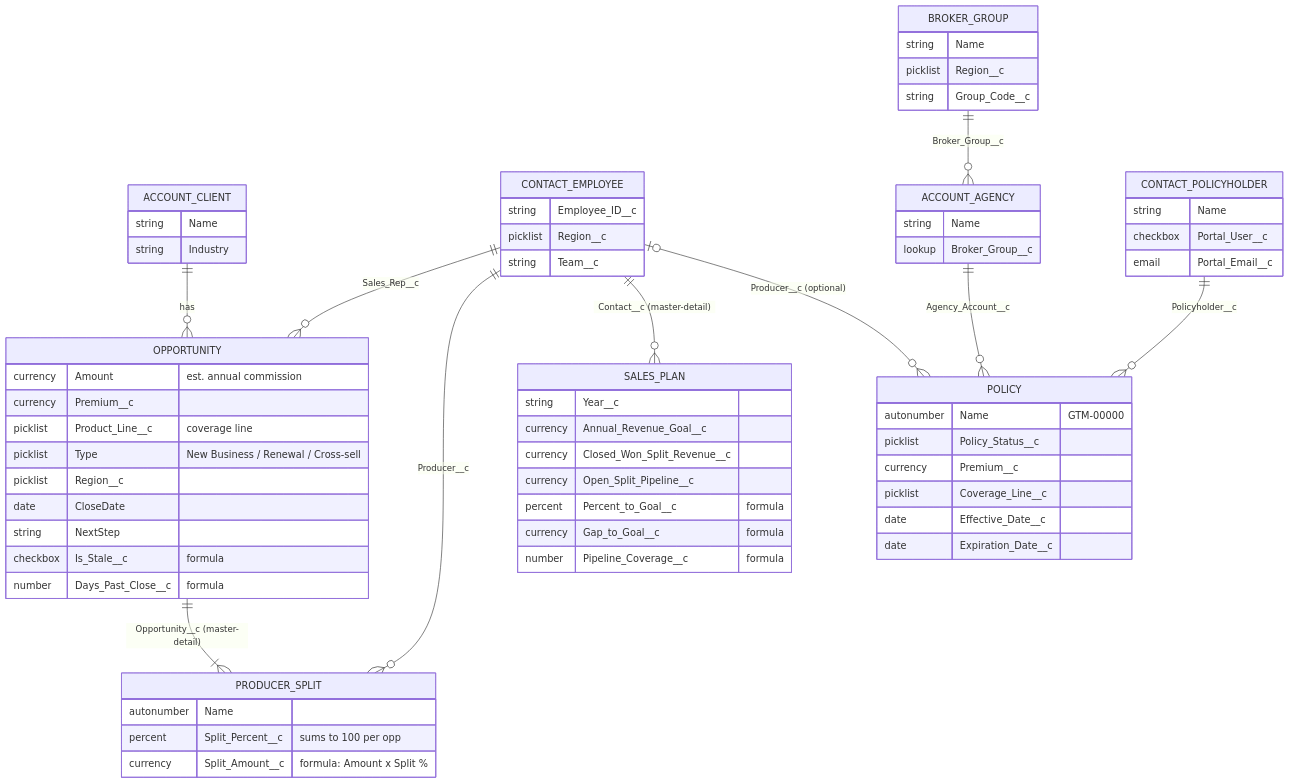
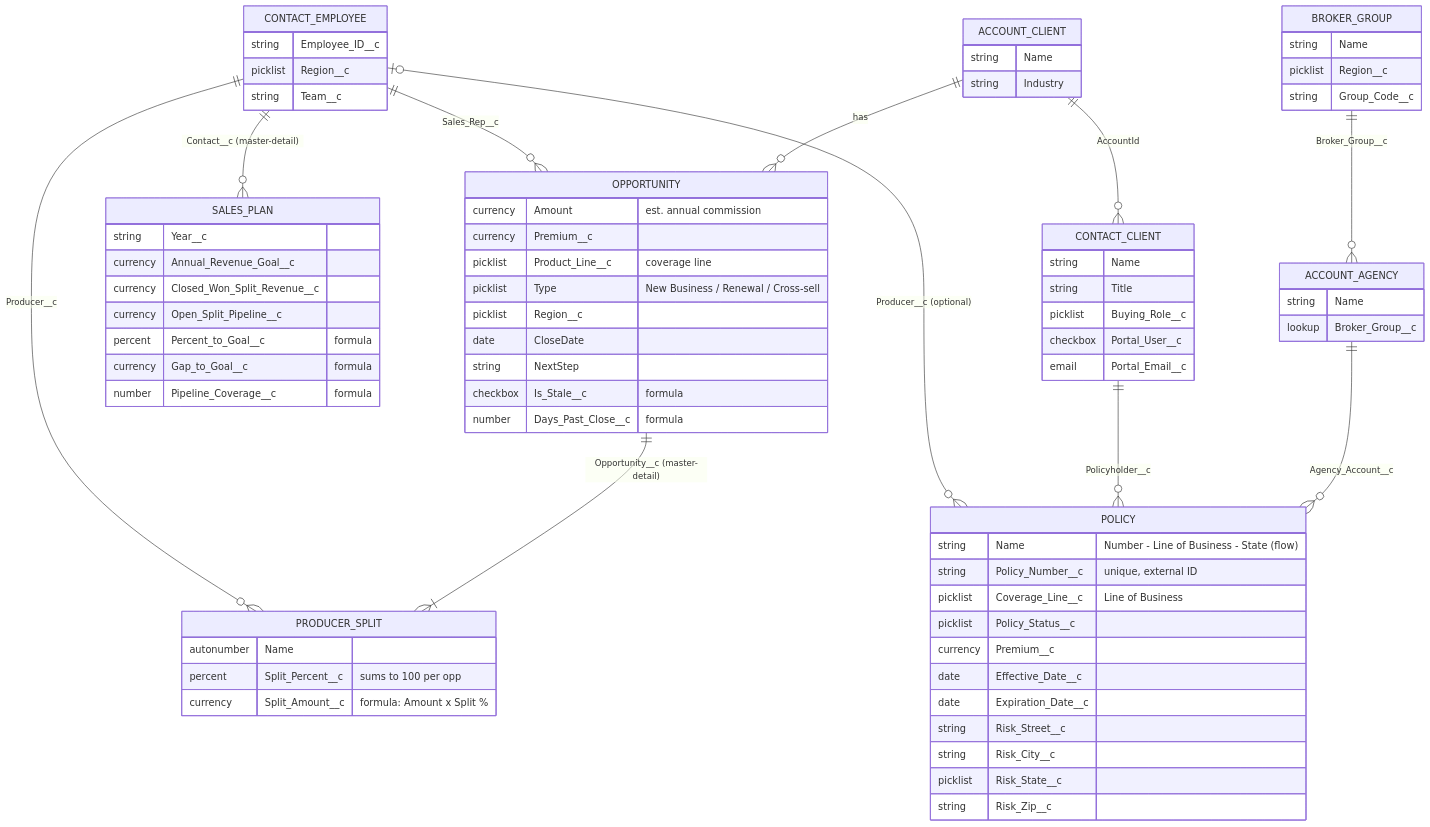
Before and after one commit to jspearson/gulf-coast-gtm-sales-ops: the diagram in README.md, drawn with Mermaid. The commit also changed other lines of this file and 10 other files, not shown here.

Commit message:
Merge policyholders into Client contacts; Policy numbers, risk address and flow-built names; refresh screenshots

````diff
--- a/README.md
+++ b/README.md
@@ -28,69 +28,77 @@
 ```mermaid
 erDiagram
     ACCOUNT_CLIENT ||--o{ OPPORTUNITY : "has"
     CONTACT_EMPLOYEE ||--o{ OPPORTUNITY : "Sales_Rep__c"
     OPPORTUNITY ||--|{ PRODUCER_SPLIT : "Opportunity__c (master-detail)"
     CONTACT_EMPLOYEE ||--o{ PRODUCER_SPLIT : "Producer__c"
     CONTACT_EMPLOYEE ||--o{ SALES_PLAN : "Contact__c (master-detail)"
     BROKER_GROUP ||--o{ ACCOUNT_AGENCY : "Broker_Group__c"
     ACCOUNT_AGENCY ||--o{ POLICY : "Agency_Account__c"
-    CONTACT_POLICYHOLDER ||--o{ POLICY : "Policyholder__c"
+    ACCOUNT_CLIENT ||--o{ CONTACT_CLIENT : "AccountId"
+    CONTACT_CLIENT ||--o{ POLICY : "Policyholder__c"
     CONTACT_EMPLOYEE |o--o{ POLICY : "Producer__c (optional)"
 
     ACCOUNT_CLIENT {
         string Name
         string Industry
     }
     OPPORTUNITY {
         currency Amount "est. annual commission"
         currency Premium__c
         picklist Product_Line__c "coverage line"
         picklist Type "New Business / Renewal / Cross-sell"
         picklist Region__c
         date CloseDate
         string NextStep
         checkbox Is_Stale__c "formula"
         number Days_Past_Close__c "formula"
     }
     CONTACT_EMPLOYEE {
         string Employee_ID__c
         picklist Region__c
         string Team__c
     }
     PRODUCER_SPLIT {
         autonumber Name
         percent Split_Percent__c "sums to 100 per opp"
         currency Split_Amount__c "formula: Amount x Split %"
     }
     SALES_PLAN {
         string Year__c
         currency Annual_Revenue_Goal__c
         currency Closed_Won_Split_Revenue__c
         currency Open_Split_Pipeline__c
         percent Percent_to_Goal__c "formula"
         currency Gap_to_Goal__c "formula"
         number Pipeline_Coverage__c "formula"
     }
     BROKER_GROUP {
         string Name
         picklist Region__c
         string Group_Code__c
     }
     ACCOUNT_AGENCY {
         string Name
         lookup Broker_Group__c
     }
     POLICY {
-        autonumber Name "GTM-00000"
+        string Name "Number - Line of Business - State (flow)"
+        string Policy_Number__c "unique, external ID"
+        picklist Coverage_Line__c "Line of Business"
         picklist Policy_Status__c
         currency Premium__c
-        picklist Coverage_Line__c
         date Effective_Date__c
         date Expiration_Date__c
+        string Risk_Street__c
+        string Risk_City__c
+        picklist Risk_State__c
+        string Risk_Zip__c
     }
-    CONTACT_POLICYHOLDER {
+    CONTACT_CLIENT {
         string Name
+        string Title
+        picklist Buying_Role__c
         checkbox Portal_User__c
         email Portal_Email__c
     }
 ```
````
